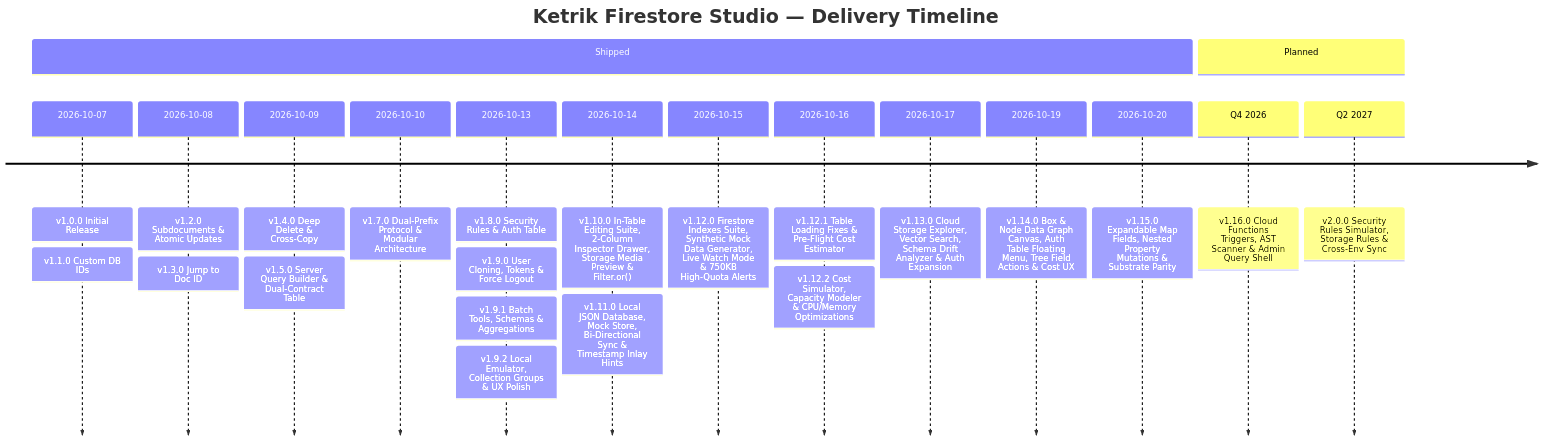
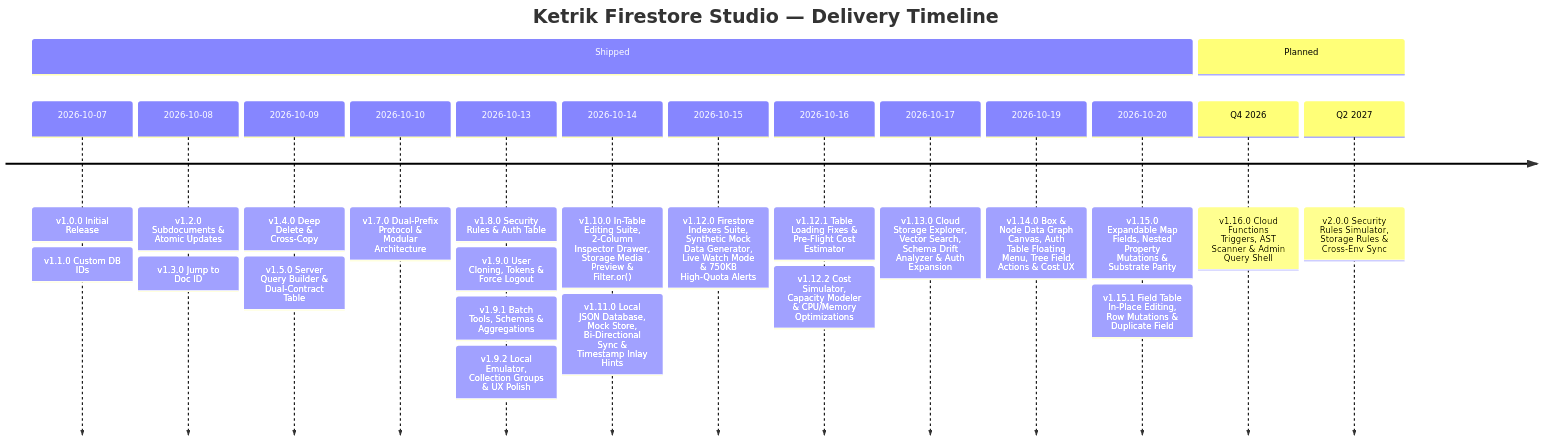
Before and after one commit to ketrik/ketrik-firestore-studio: the diagram in ROADMAP.md, drawn with Mermaid. The commit also changed other lines of this file and 9 other files, not shown here.

````diff
--- a/ROADMAP.md
+++ b/ROADMAP.md
@@ -5,19 +5,19 @@
 ```mermaid
 timeline
     title Ketrik Firestore Studio — Delivery Timeline
     section Shipped
         2026-10-07 : v1.0.0 Initial Release : v1.1.0 Custom DB IDs
         2026-10-08 : v1.2.0 Subdocuments & Atomic Updates : v1.3.0 Jump to Doc ID
         2026-10-09 : v1.4.0 Deep Delete & Cross-Copy : v1.5.0 Server Query Builder & Dual-Contract Table
         2026-10-10 : v1.7.0 Dual-Prefix Protocol & Modular Architecture
         2026-10-13 : v1.8.0 Security Rules & Auth Table : v1.9.0 User Cloning, Tokens & Force Logout : v1.9.1 Batch Tools, Schemas & Aggregations : v1.9.2 Local Emulator, Collection Groups & UX Polish
         2026-10-14 : v1.10.0 In-Table Editing Suite, 2-Column Inspector Drawer, Storage Media Preview & Filter.or() : v1.11.0 Local JSON Database, Mock Store, Bi-Directional Sync & Timestamp Inlay Hints
         2026-10-15 : v1.12.0 Firestore Indexes Suite, Synthetic Mock Data Generator, Live Watch Mode & 750KB High-Quota Alerts
         2026-10-16 : v1.12.1 Table Loading Fixes & Pre-Flight Cost Estimator : v1.12.2 Cost Simulator, Capacity Modeler & CPU/Memory Optimizations
         2026-10-17 : v1.13.0 Cloud Storage Explorer, Vector Search, Schema Drift Analyzer & Auth Expansion
         2026-10-19 : v1.14.0 Box & Node Data Graph Canvas, Auth Table Floating Menu, Tree Field Actions & Cost UX
-        2026-10-20 : v1.15.0 Expandable Map Fields, Nested Property Mutations & Substrate Parity
+        2026-10-20 : v1.15.0 Expandable Map Fields, Nested Property Mutations & Substrate Parity : v1.15.1 Field Table In-Place Editing, Row Mutations & Duplicate Field
     section Planned
         Q4 2026 : v1.16.0 Cloud Functions Triggers, AST Scanner & Admin Query Shell
         Q2 2027 : v2.0.0 Security Rules Simulator, Storage Rules & Cross-Env Sync
 ```
````
